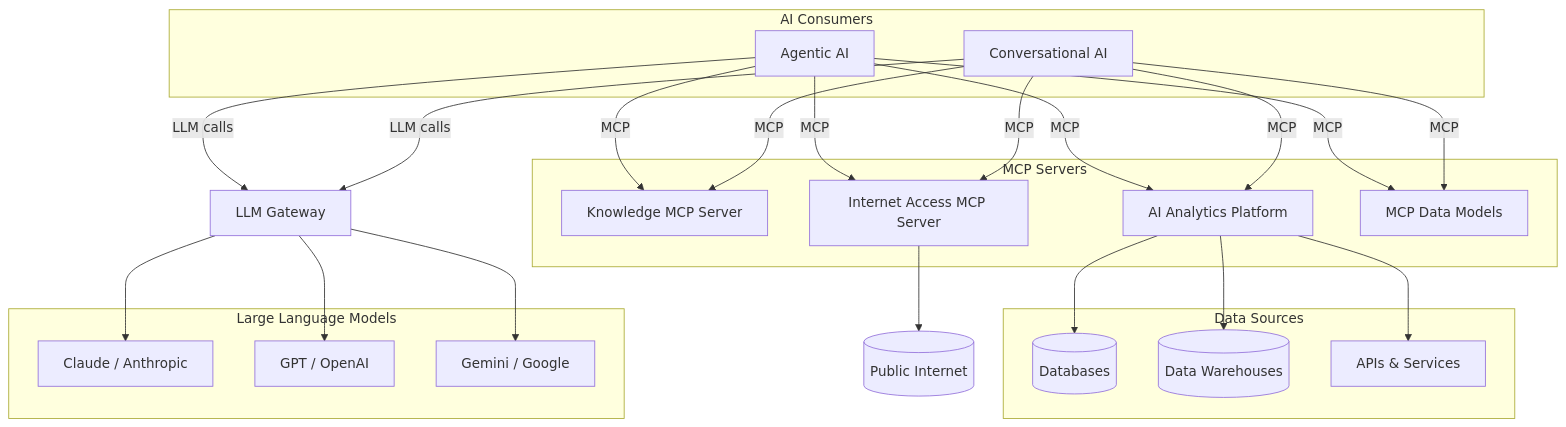
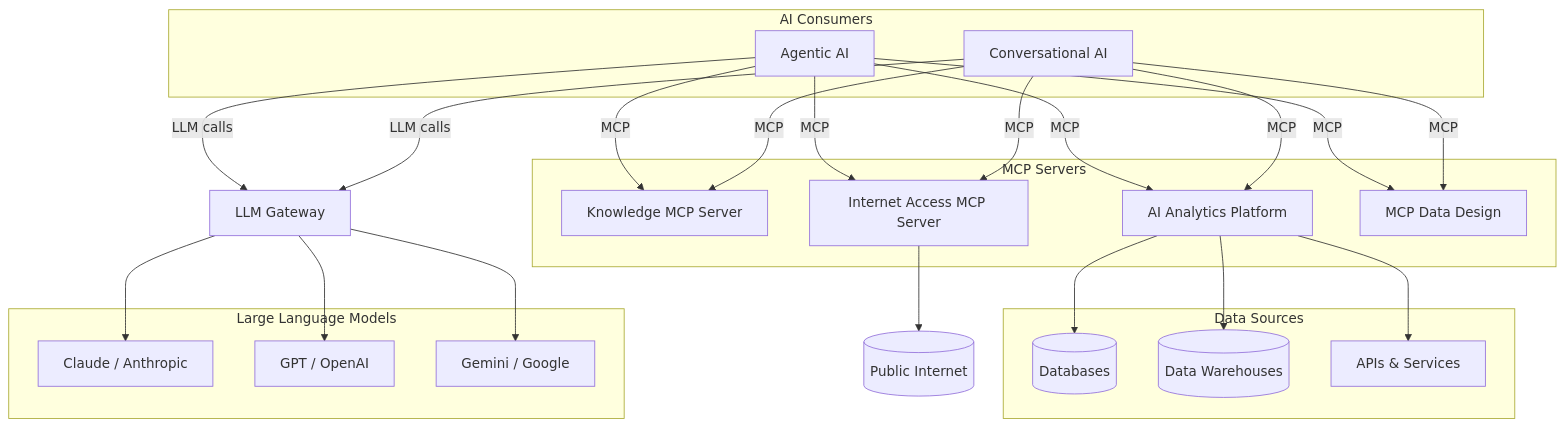
The diagram in README.md (M-A-Operating-System/shared-work), drawn with Mermaid before and after one commit.

Commit message:
docs: rename MCP Data Models to MCP Data Design in ecosystem diagram
https://claude.ai/code/session_01CYjqpWt1v2JhCDuDBEJCSM

````diff
--- a/README.md
+++ b/README.md
@@ -39,54 +39,54 @@
 ```mermaid
 flowchart TB
     subgraph Consumers["AI Consumers"]
         AgAI[Agentic AI]
         ConvAI[Conversational AI]
     end
 
     subgraph MCPServers["MCP Servers"]
         KN[Knowledge MCP Server]
         AN[AI Analytics Platform]
         IN[Internet Access MCP Server]
-        DM[MCP Data Models]
+        DM[MCP Data Design]
     end
 
     subgraph DataSources["Data Sources"]
         DB[(Databases)]
         DW[(Data Warehouses)]
         API[APIs & Services]
     end
 
     WEB[("Public Internet")]
 
     GW[LLM Gateway]
 
     subgraph LLMPool["Large Language Models"]
         L1[Claude / Anthropic]
         L2[GPT / OpenAI]
         L3[Gemini / Google]
     end
 
     AN --> DB
     AN --> DW
     AN --> API
     IN --> WEB
     GW --> L1
     GW --> L2
     GW --> L3
 
     click AN href "docs/product/analytics/01-overview.md"
     click KN href "docs/product/knowledge/01-overview.md"
     click IN href "docs/product/internet/01-overview.md"
     click ConvAI href "docs/product/assistant/01-overview.md"
 
     AgAI -->|MCP| AN
     AgAI -->|MCP| KN
     AgAI -->|MCP| IN
     AgAI -->|MCP| DM
     AgAI -->|LLM calls| GW
     ConvAI -->|MCP| AN
     ConvAI -->|MCP| KN
     ConvAI -->|MCP| IN
     ConvAI -->|MCP| DM
     ConvAI -->|LLM calls| GW
 ```
````
